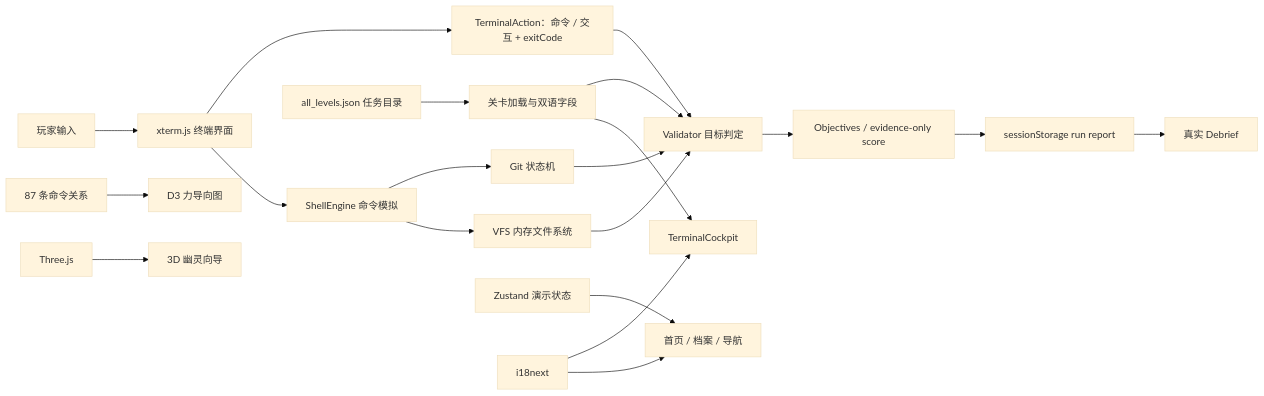
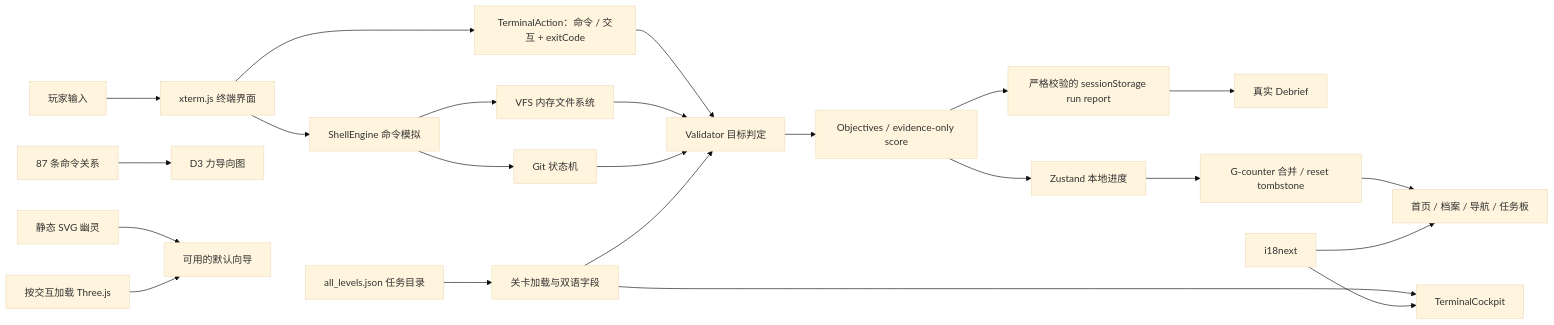
One commit to DerongDeng-dero/Ghost-Mission changed the diagram in README.md. Above: the diagram before and after it, drawn with Mermaid (base theme). The commit also changed other lines of this file and 62 other files, not shown here.

````diff
--- a/README.md
+++ b/README.md
@@ -171,22 +212,25 @@
 ```mermaid
 flowchart LR
   U["玩家输入"] --> X["xterm.js 终端界面"]
   X --> S["ShellEngine 命令模拟"]
   S --> V["VFS 内存文件系统"]
   S --> K["Git 状态机"]
   X --> E["TerminalAction：命令 / 交互 + exitCode"]
   D["all_levels.json 任务目录"] --> L["关卡加载与双语字段"]
   L --> T["TerminalCockpit"]
   E --> C["Validator 目标判定"]
   V --> C
   K --> C
   L --> C
   C --> P["Objectives / evidence-only score"]
-  P --> Q["sessionStorage run report"]
+  P --> Q["严格校验的 sessionStorage run report"]
   Q --> B["真实 Debrief"]
+  P --> W["Zustand 本地进度"]
+  W --> M["G-counter 合并 / reset tombstone"]
+  M --> UI["首页 / 档案 / 导航 / 任务板"]
   A["87 条命令关系"] --> G["D3 力导向图"]
-  R["Three.js"] --> H["3D 幽灵向导"]
-  Z["Zustand 演示状态"] --> UI["首页 / 档案 / 导航"]
+  F["静态 SVG 幽灵"] --> H["可用的默认向导"]
+  R["按交互加载 Three.js"] --> H
   I["i18next"] --> UI
   I --> T
 ```
````
